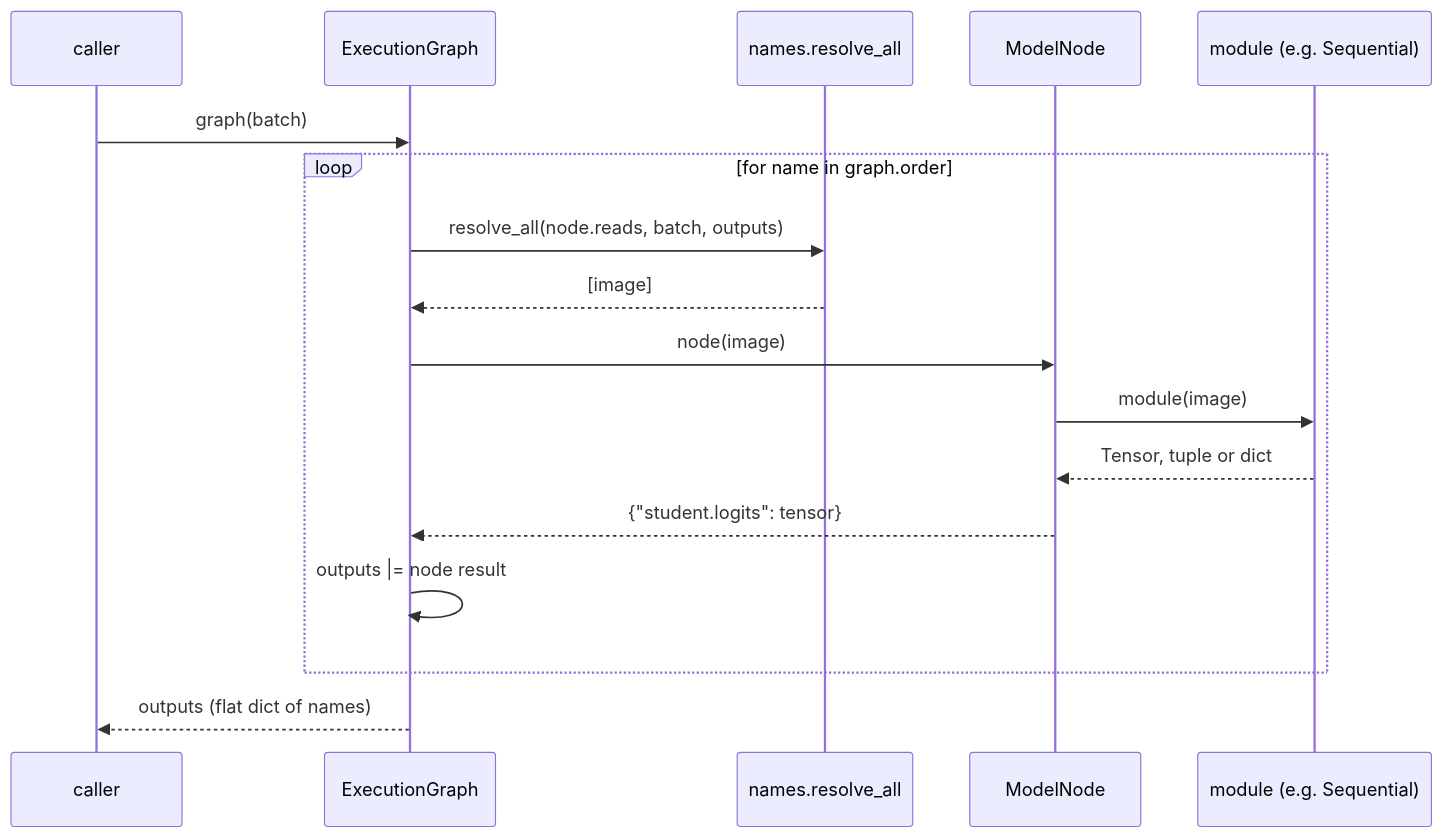
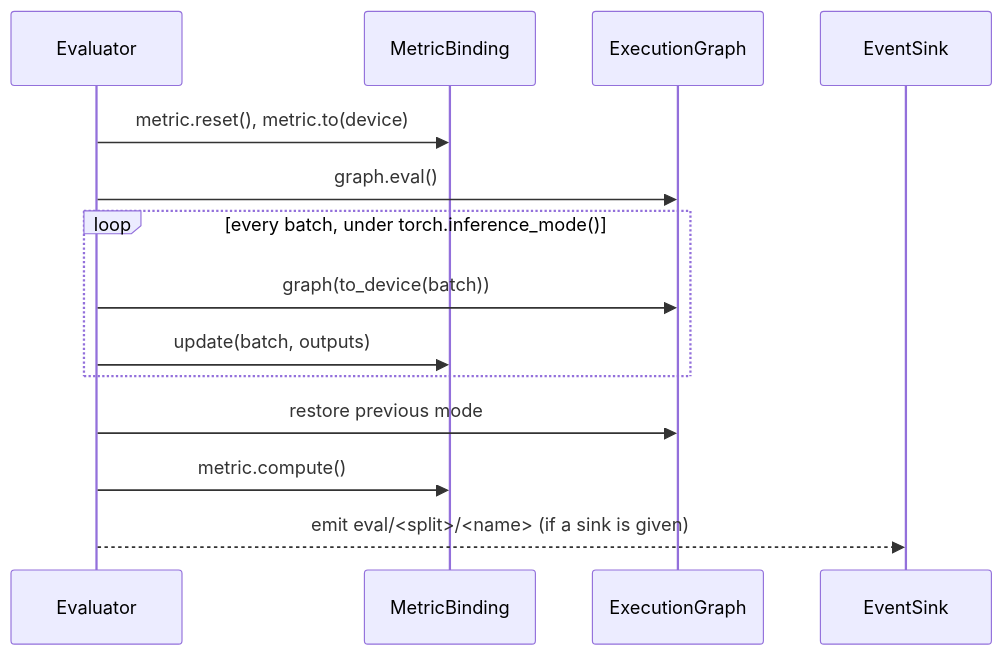
The first of 4 diagrams in COMMIT.md (tile-and-error/imagenet-classification), drawn with Mermaid before and after one commit. The commit also changed other lines of this file and 38 other files, not shown here.

````diff
--- a/COMMIT.md
+++ b/COMMIT.md
@@ -177,19 +38,16 @@
 ```mermaid
 sequenceDiagram
-    participant C as caller
+    participant E as Evaluator
+    participant M as MetricBinding
     participant G as ExecutionGraph
-    participant R as names.resolve_all
-    participant N as ModelNode
-    participant M as module (e.g. Sequential)
-    C->>G: graph(batch)
-    loop for name in graph.order
-        G->>R: resolve_all(node.reads, batch, outputs)
-        R-->>G: [image]
-        G->>N: node(image)
-        N->>M: module(image)
-        M-->>N: Tensor, tuple or dict
-        N-->>G: {"student.logits": tensor}
-        G->>G: outputs |= node result
+    participant S as EventSink
+    E->>M: metric.reset(), metric.to(device)
+    E->>G: graph.eval()
+    loop every batch, under torch.inference_mode()
+        E->>G: graph(to_device(batch))
+        E->>M: update(batch, outputs)
     end
-    G-->>C: outputs (flat dict of names)
+    E->>G: restore previous mode
+    E->>M: metric.compute()
+    E-->>S: emit eval/<split>/<name> (if a sink is given)
 ```
````
